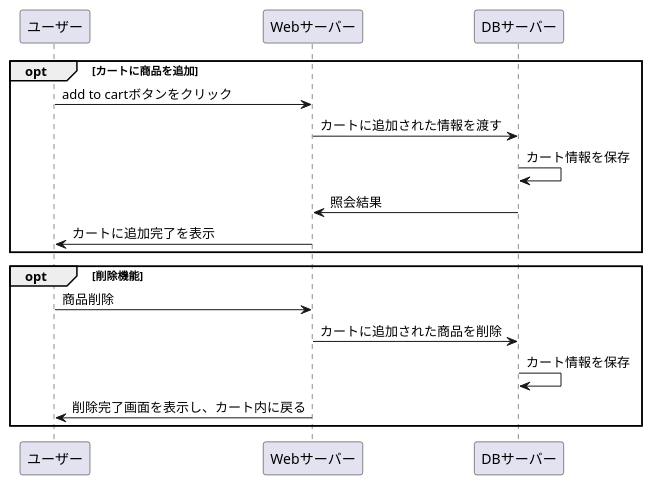
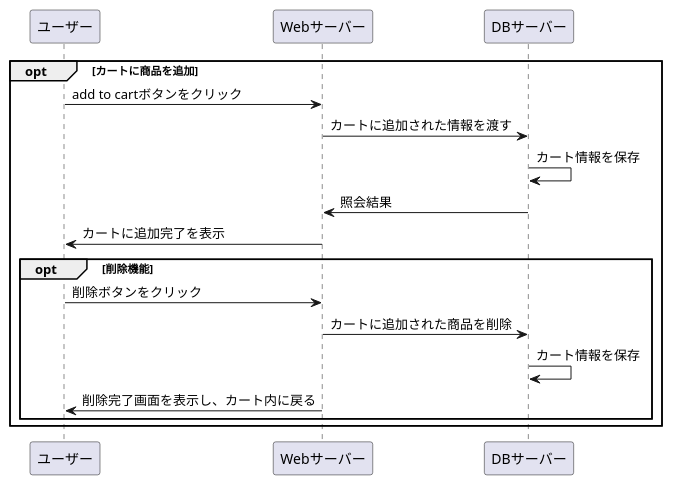
The diagram in stationary/業務フロー/カート.md (Aso2001154/2021sys-design), drawn with PlantUML before and after one commit.

````diff
--- a/stationary/業務フロー/カート.md
+++ b/stationary/業務フロー/カート.md
@@ -1,19 +1,20 @@
 ```uml
 @startuml
 opt カートに商品を追加
 ユーザー -> Webサーバー : add to cartボタンをクリック
 Webサーバー -> DBサーバー : カートに追加された情報を渡す
 DBサーバー -> DBサーバー : カート情報を保存
 DBサーバー -> Webサーバー : 照会結果
 Webサーバー -> ユーザー : カートに追加完了を表示
-end
 
 opt 削除機能
-ユーザー -> Webサーバー : 商品削除
+ユーザー -> Webサーバー : 削除ボタンをクリック
 Webサーバー -> DBサーバー : カートに追加された商品を削除
 DBサーバー -> DBサーバー : カート情報を保存
 Webサーバー -> ユーザー : 削除完了画面を表示し、カート内に戻る
 end
+end
+
 
 @enduml
 ```
````
